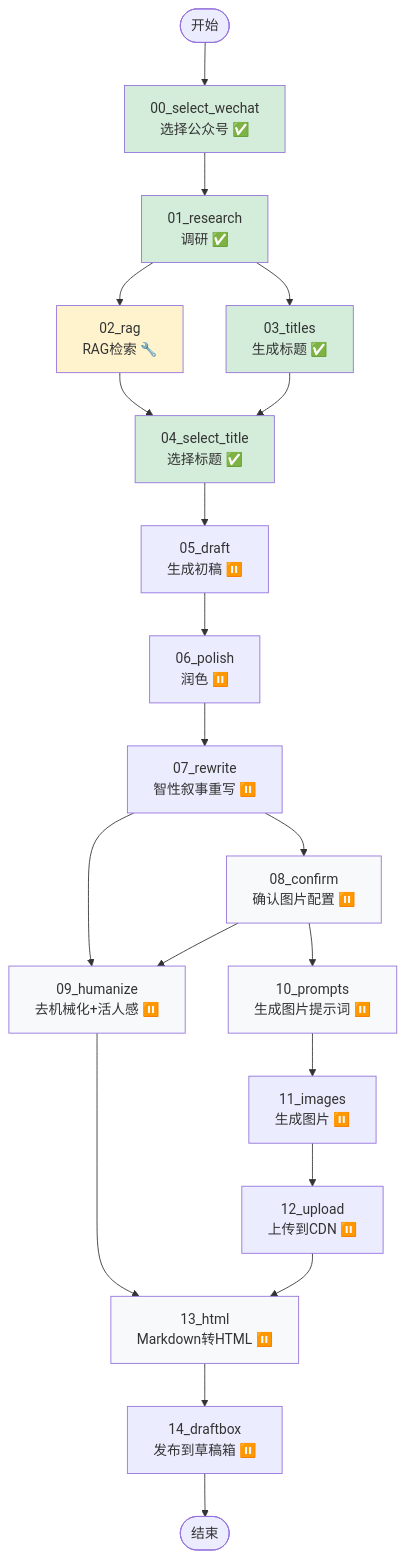
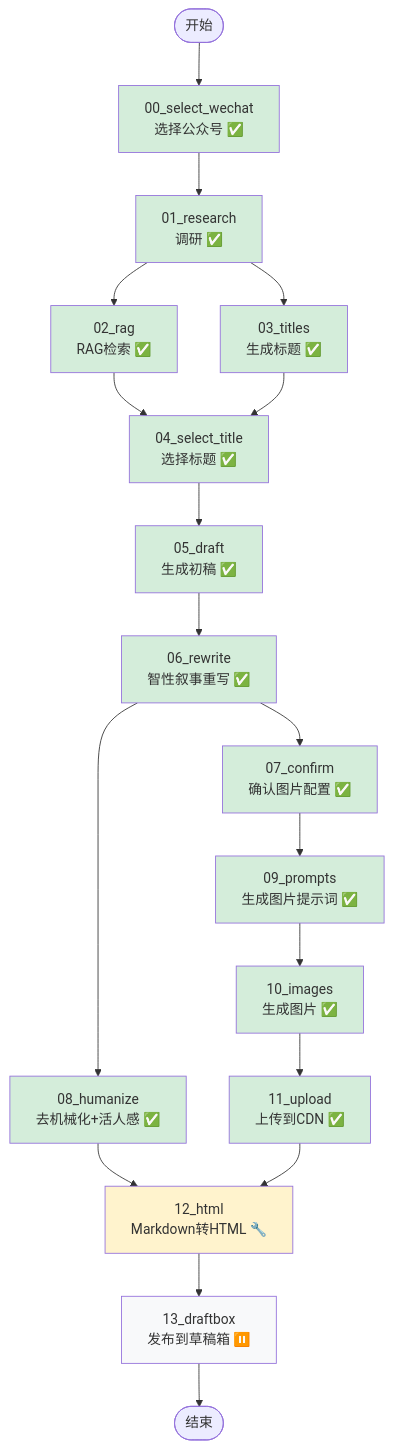
The diagram in docs/WORKFLOW_GRAPH.md (WiseWong6/graph), drawn with Mermaid before and after one commit. The commit also changed other lines of this file and 3 other files, not shown here.

````diff
--- a/docs/WORKFLOW_GRAPH.md
+++ b/docs/WORKFLOW_GRAPH.md
@@ -5,40 +5,43 @@
 ```mermaid
 graph TD
     START([开始]) --> A[00_select_wechat<br/>选择公众号 ✅]
     A --> B[01_research<br/>调研 ✅]
 
     %% 第一层并行：Research 后
-    B --> C[02_rag<br/>RAG检索 🔧]
+    B --> C[02_rag<br/>RAG检索 ✅]
     B --> D[03_titles<br/>生成标题 ✅]
     C --> E[04_select_title<br/>选择标题 ✅]
     D --> E
 
-    E --> F[05_draft<br/>生成初稿 ⏸️]
-    F --> G[06_polish<br/>润色 ⏸️]
-    G --> H[07_rewrite<br/>智性叙事重写 ⏸️]
+    E --> F[05_draft<br/>生成初稿 ✅]
+    F --> G[06_rewrite<br/>智性叙事重写 ✅]
 
     %% 第二层并行：Rewrite 后
-    H --> I[08_confirm<br/>确认图片配置 ⏸️]
-    H --> J[09_humanize<br/>去机械化+活人感 ⏸️]
+    G --> H[07_confirm<br/>确认图片配置 ✅]
+    G --> I[08_humanize<br/>去机械化+活人感 ✅]
 
-    I --> K[10_prompts<br/>生成图片提示词 ⏸️]
-    I --> J
-    K --> L[11_images<br/>生成图片 ⏸️]
-    L --> M[12_upload<br/>上传到CDN ⏸️]
+    H --> J[09_prompts<br/>生成图片提示词 ✅]
+    J --> K[10_images<br/>生成图片 ✅]
+    K --> L[11_upload<br/>上传到CDN ✅]
 
-    J --> N[13_html<br/>Markdown转HTML ⏸️]
-    M --> N
+    I --> M[12_html<br/>Markdown转HTML 🔧]
+    L --> M
 
-    N --> O[14_draftbox<br/>发布到草稿箱 ⏸️]
-    O --> END([结束])
+    M --> N[13_draftbox<br/>发布到草稿箱 ⏸️]
+    N --> END([结束])
 
+    style A fill:#d4edda
     style B fill:#d4edda
-    style C fill:#fff3cd
+    style C fill:#d4edda
     style D fill:#d4edda
     style E fill:#d4edda
-    style A fill:#d4edda
-    style I fill:#f8f9fa
-    style J fill:#f8f9fa
-    style K fill:#f8f9fa
+    style F fill:#d4edda
+    style G fill:#d4edda
+    style H fill:#d4edda
+    style I fill:#d4edda
+    style J fill:#d4edda
+    style K fill:#d4edda
+    style L fill:#d4edda
+    style M fill:#fff3cd
     style N fill:#f8f9fa
 ```
````
